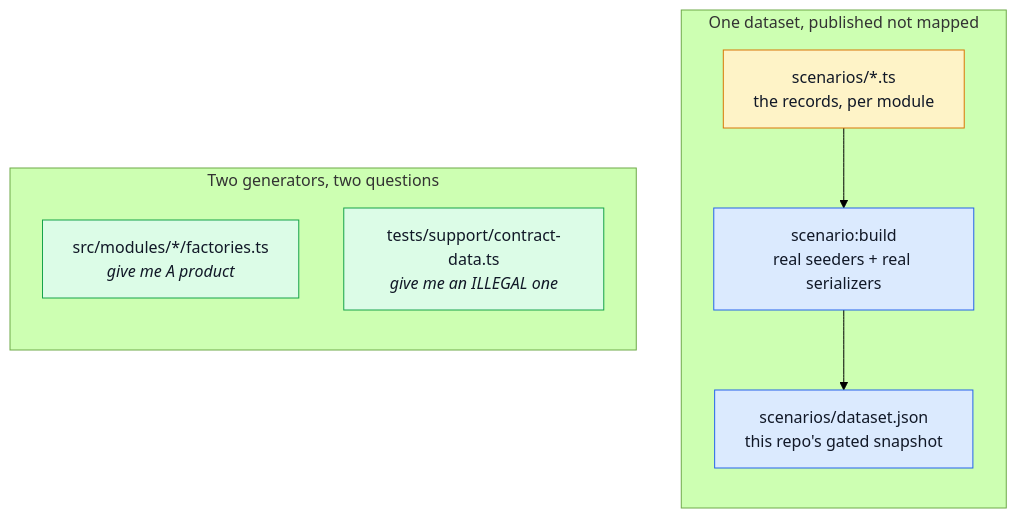
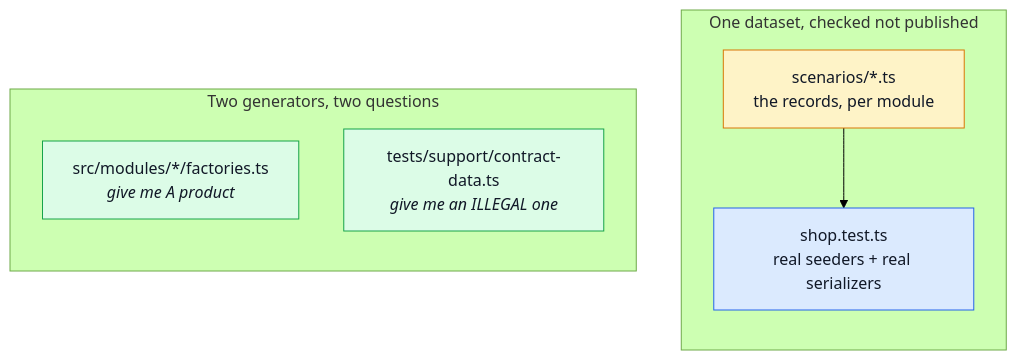
The second of 3 diagrams in docs/tools/testing-and-docs.md (Guebbit/boilerplate-node-backend), drawn with Mermaid (forest theme) before and after one commit. The commit also changed other lines of this file and 47 other files, not shown here.

First line of the commit message:
refactor(scenarios): delete the generated demo dataset

````diff
--- a/docs/tools/testing-and-docs.md
+++ b/docs/tools/testing-and-docs.md
@@ -91,23 +94,22 @@
 ```mermaid
 %%{init: {'flowchart': {'nodeSpacing': 45, 'rankSpacing': 55}}}%%
 flowchart TB
-    subgraph one["One dataset, published not mapped"]
+    subgraph one["One dataset, checked not published"]
         direction TB
         Seed["scenarios/*.ts<br/>the records, per module"]
-        Seed --> Export["scenario:build<br/>real seeders + real serializers"]
-        Export --> Dataset["scenarios/dataset.json<br/>this repo's gated snapshot"]
+        Seed --> Shop["shop.test.ts<br/>real seeders + real serializers"]
     end
 
     subgraph two["Two generators, two questions"]
         direction TB
         Factories["src/modules/*/factories.ts<br/><i>give me A product</i>"]
         ContractData["tests/support/contract-data.ts<br/><i>give me an ILLEGAL one</i>"]
     end
 
     classDef source fill:#fef3c7,stroke:#d97706,color:#111827;
     classDef mapper fill:#dbeafe,stroke:#2563eb,color:#111827;
     classDef gen fill:#dcfce7,stroke:#16a34a,color:#111827;
     class Seed source;
-    class Export,Dataset mapper;
+    class Shop mapper;
     class Factories,ContractData gen;
 ```
````
